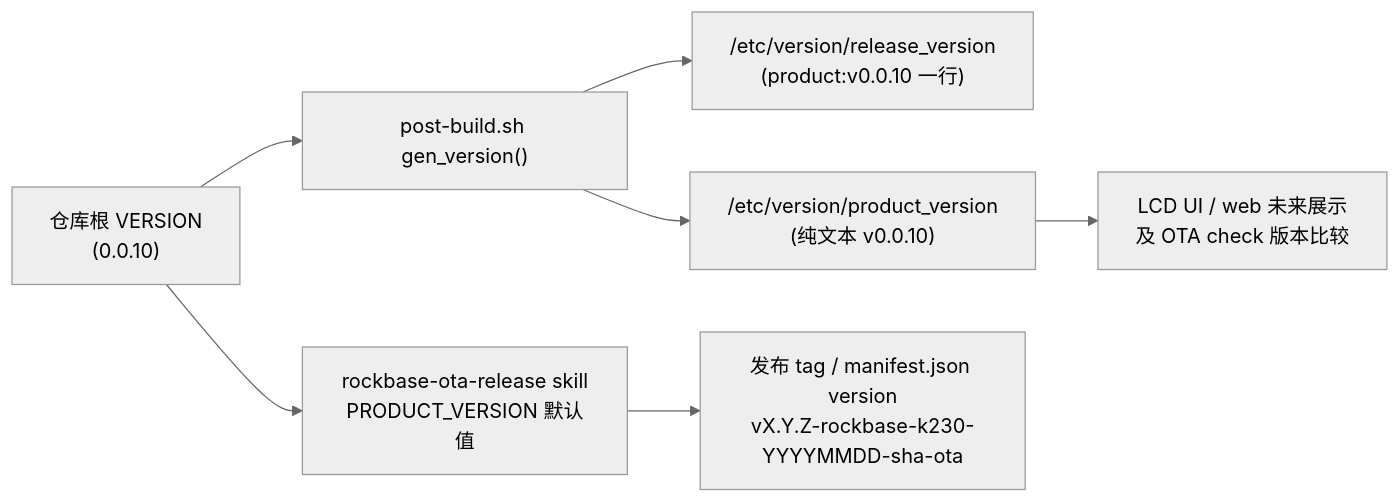
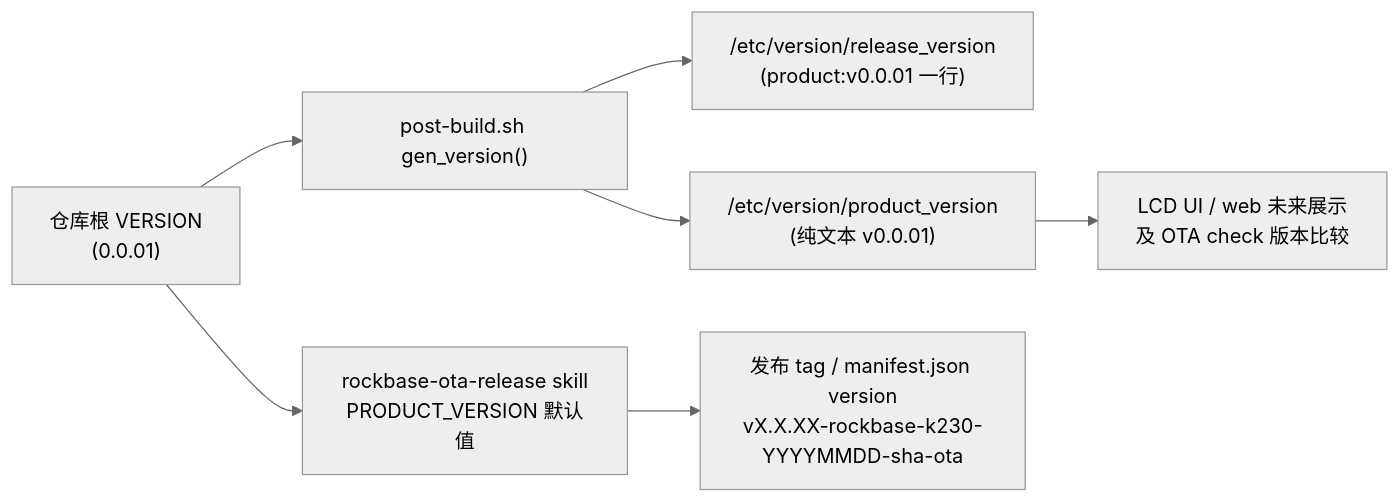
One commit to NMminer1024/btc-solo-node changed the diagram in .github/skills/rockbase-version/SKILL.md. Above: the diagram before and after it, drawn with Mermaid (neutral theme). The commit also changed other lines of this file and 2 other files, not shown here.

First line of the commit message:
chore(version): reset version line to 0.0.01 after clearing all OTA releases

````diff
--- a/.github/skills/rockbase-version/SKILL.md
+++ b/.github/skills/rockbase-version/SKILL.md
@@ -65,9 +80,9 @@
 ```mermaid
 flowchart LR
-    V["仓库根 VERSION\n(0.0.10)"] --> PB["post-build.sh gen_version()"]
-    PB --> RV["/etc/version/release_version\n(product:v0.0.10 一行)"]
-    PB --> PV["/etc/version/product_version\n(纯文本 v0.0.10)"]
+    V["仓库根 VERSION\n(0.0.01)"] --> PB["post-build.sh gen_version()"]
+    PB --> RV["/etc/version/release_version\n(product:v0.0.01 一行)"]
+    PB --> PV["/etc/version/product_version\n(纯文本 v0.0.01)"]
     V --> OTA["rockbase-ota-release skill\nPRODUCT_VERSION 默认值"]
-    OTA --> TAG["发布 tag / manifest.json version\nvX.Y.Z-rockbase-k230-YYYYMMDD-sha-ota"]
+    OTA --> TAG["发布 tag / manifest.json version\nvX.X.XX-rockbase-k230-YYYYMMDD-sha-ota"]
     PV --> LCD["LCD UI / web 未来展示\n及 OTA check 版本比较"]
 ```
````
